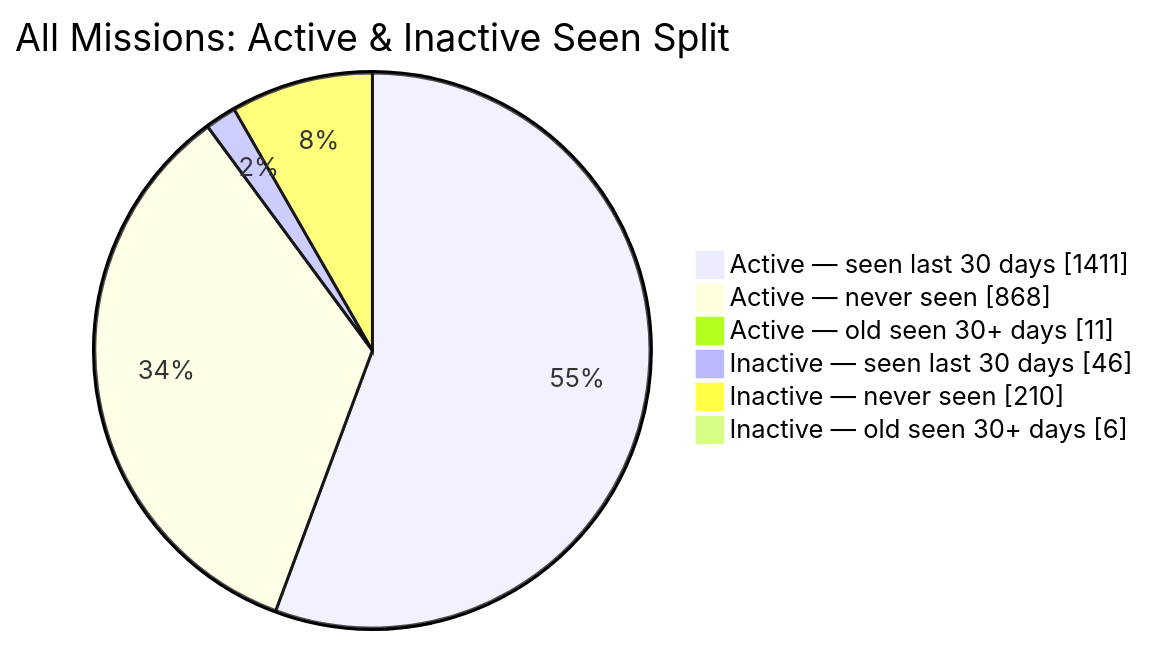
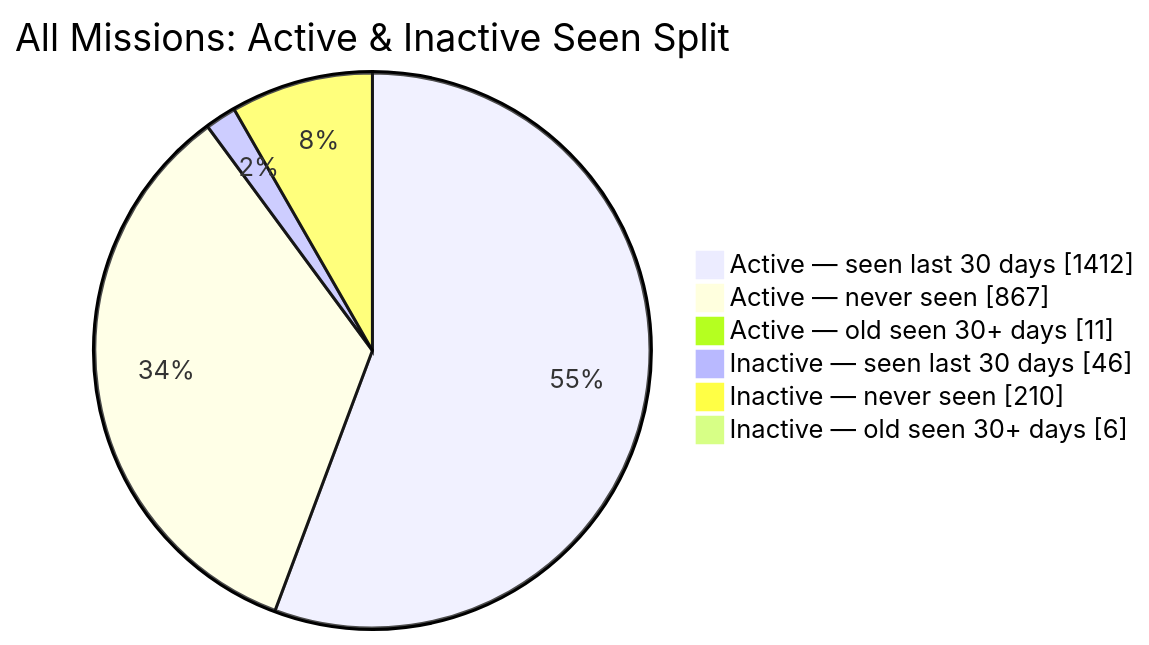
The second of 2 diagrams in README.md (MeldkamerspelGameTeam/active-missions), drawn with Mermaid before and after one commit. The commit also changed other lines of this file and 3 other files, not shown here.

````diff
--- a/README.md
+++ b/README.md
@@ -44,10 +44,10 @@
 ```mermaid
 pie showData
     title All Missions: Active & Inactive Seen Split
-    "Active — seen last 30 days" : 1411
-    "Active — never seen" : 868
+    "Active — seen last 30 days" : 1412
+    "Active — never seen" : 867
     "Active — old seen 30+ days" : 11
     "Inactive — seen last 30 days" : 46
     "Inactive — never seen" : 210
     "Inactive — old seen 30+ days" : 6
 ```
````
